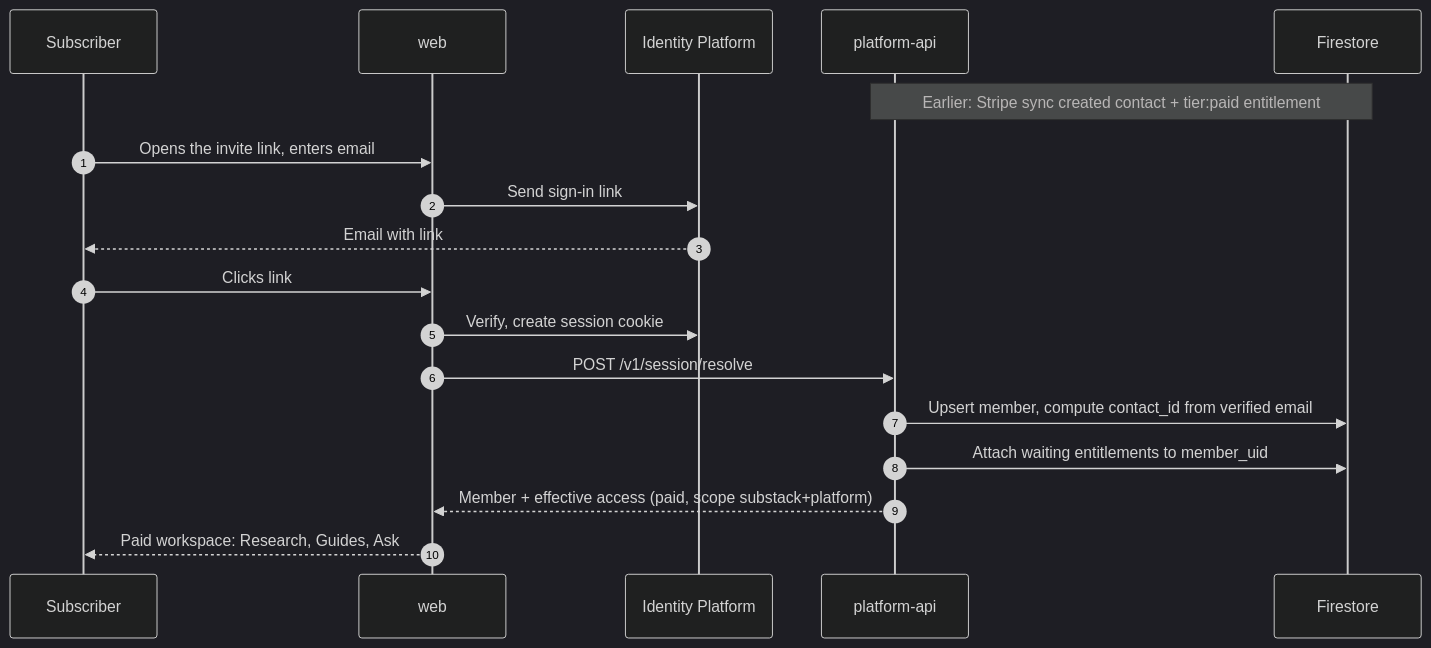
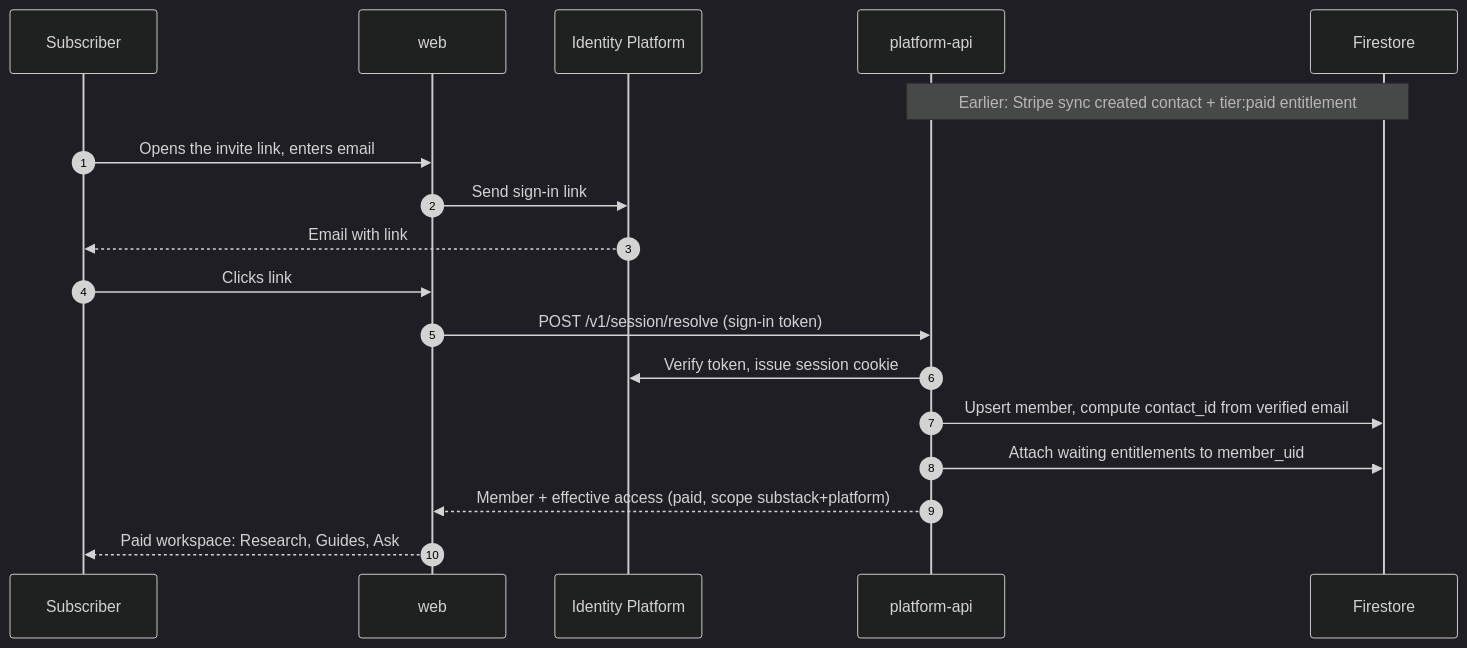
One commit to elenaokhonko-eng/audhd-research-platform changed the second of 3 diagrams in docs/architecture/02-membership-and-entitlements.md. Above: the diagram before and after it, drawn with Mermaid (dark theme). The commit also changed other lines of this file and 21 other files, not shown here.

First line of the commit message:
Architecture v4: fixes from two independent reviews

````diff
--- a/docs/architecture/02-membership-and-entitlements.md
+++ b/docs/architecture/02-membership-and-entitlements.md
@@ -134,20 +138,20 @@
 ```mermaid
 sequenceDiagram
   autonumber
   participant U as Subscriber
   participant W as web
   participant I as Identity Platform
   participant A as platform-api
   participant D as Firestore
   Note over A,D: Earlier: Stripe sync created contact + tier:paid entitlement
   U->>W: Opens the invite link, enters email
   W->>I: Send sign-in link
   I-->>U: Email with link
   U->>W: Clicks link
-  W->>I: Verify, create session cookie
-  W->>A: POST /v1/session/resolve
+  W->>A: POST /v1/session/resolve (sign-in token)
+  A->>I: Verify token, issue session cookie
   A->>D: Upsert member, compute contact_id from verified email
   A->>D: Attach waiting entitlements to member_uid
   A-->>W: Member + effective access (paid, scope substack+platform)
   W-->>U: Paid workspace: Research, Guides, Ask
 ```
````
